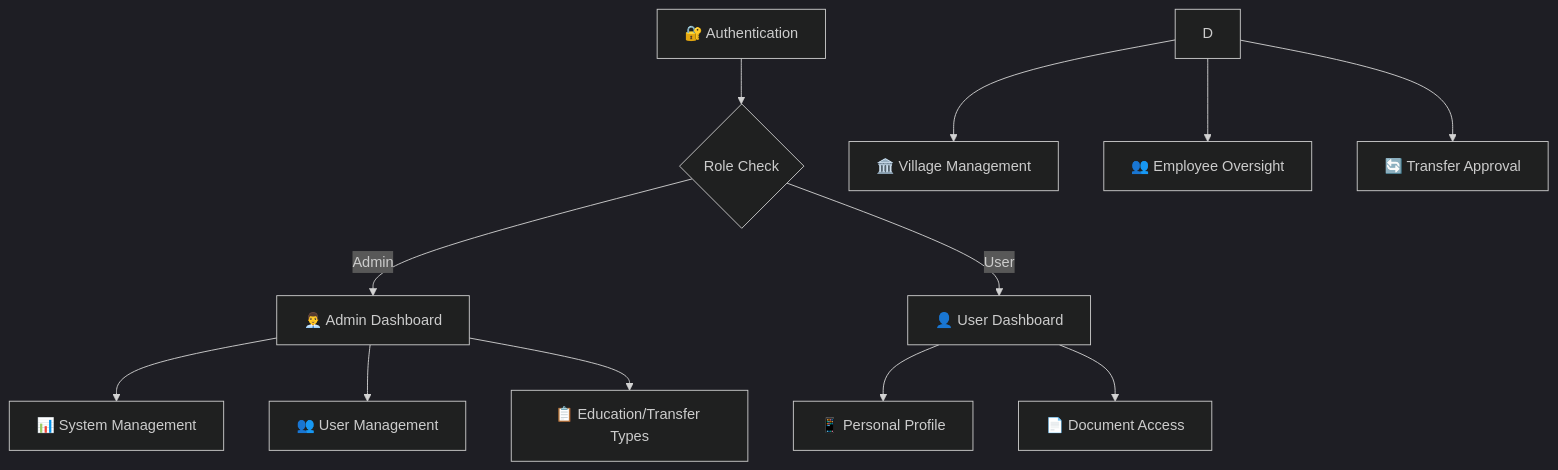
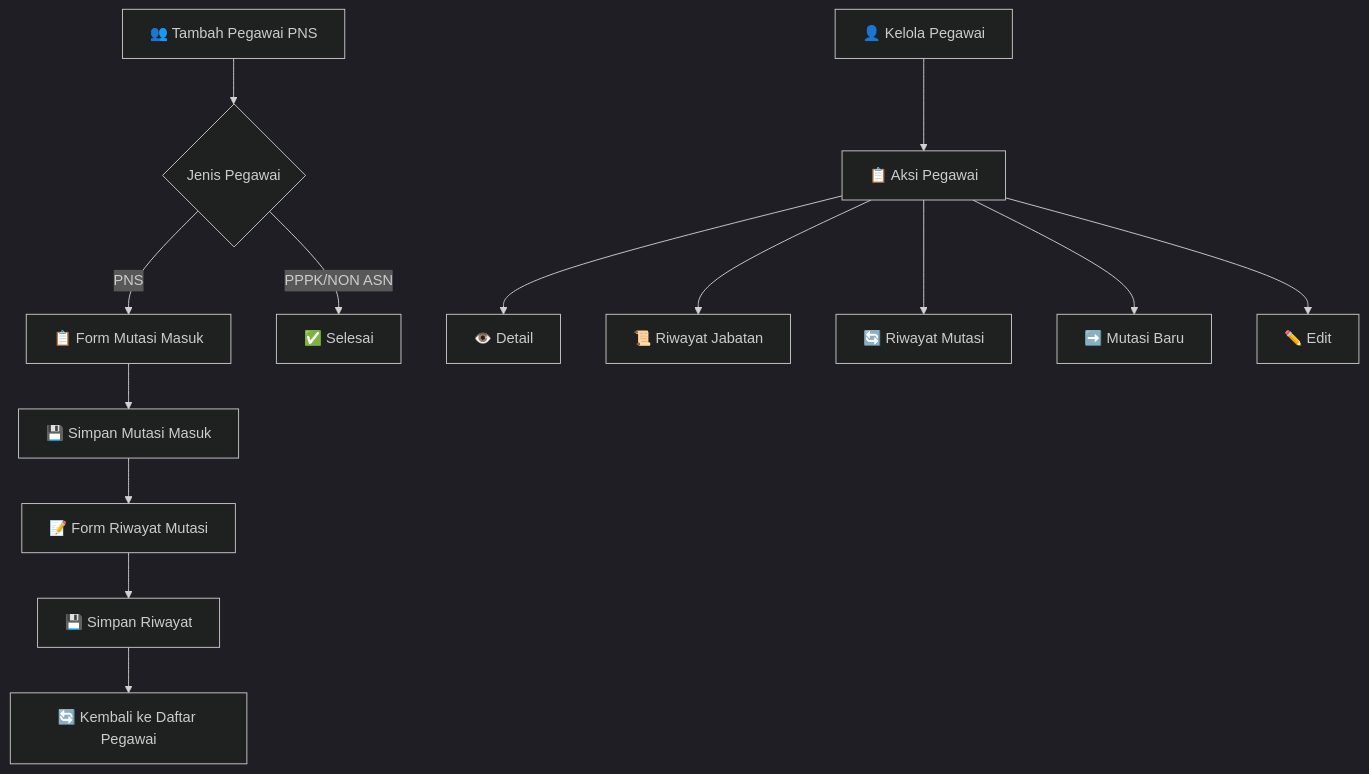
One commit to hafisc/sistem-kepegawaian changed the diagram in README.md. Above: the diagram before and after it, drawn with Mermaid (dark theme). The commit also changed other lines of this file, not shown here.

````diff
--- a/README.md
+++ b/README.md
@@ -161,18 +170,18 @@
 ```mermaid
 graph TD
-    A[🔐 Authentication] --> B{Role Check}
-    B -->|Admin| C[👨‍💼 Admin Dashboard]
-
-    B -->|User| E[👤 User Dashboard]
+    A[👥 Tambah Pegawai PNS] --> B{Jenis Pegawai}
+    B -->|PNS| C[📋 Form Mutasi Masuk]
+    B -->|PPPK/NON ASN| D[✅ Selesai]
     
-    C --> F[📊 System Management]
-    C --> G[👥 User Management]
-    C --> H[📋 Education/Transfer Types]
+    C --> E[💾 Simpan Mutasi Masuk]
+    E --> F[📝 Form Riwayat Mutasi]
+    F --> G[💾 Simpan Riwayat]
+    G --> H[🔄 Kembali ke Daftar Pegawai]
     
-    D --> I[🏛️ Village Management]
-    D --> J[👥 Employee Oversight]
-    D --> K[🔄 Transfer Approval]
-    
-    E --> L[📱 Personal Profile]
-    E --> M[📄 Document Access]
+    I[👤 Kelola Pegawai] --> J[📋 Aksi Pegawai]
+    J --> K[👁️ Detail]
+    J --> L[📜 Riwayat Jabatan]
+    J --> M[🔄 Riwayat Mutasi]
+    J --> N[➡️ Mutasi Baru]
+    J --> O[✏️ Edit]
 ```
````
